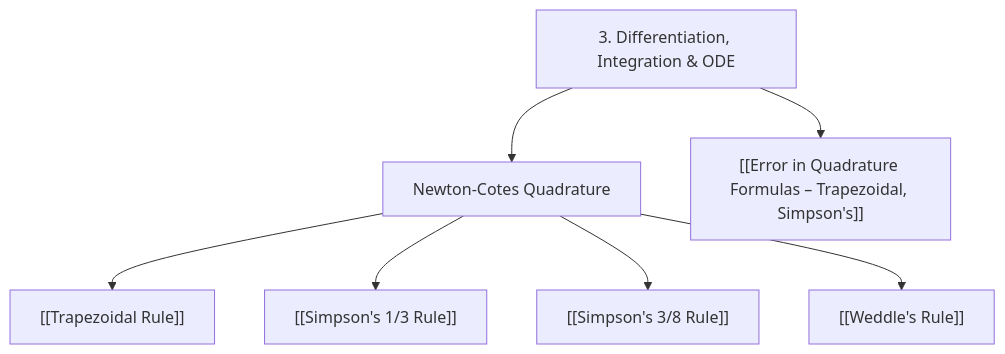
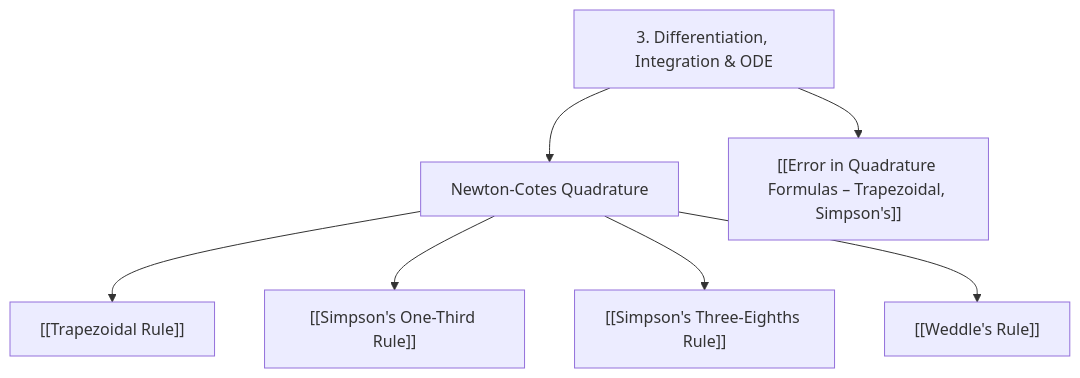
One commit to unknown-xenon-star/notes changed the diagram in mid-term/ANM/Concepts/03 - Numerical Differentiation, Integration and ODE/03 - Numerical Differentiation, Integration and ODE.md. Above: the diagram before and after it, drawn with Mermaid. The commit also changed other lines of this file and 14 other files, not shown here.

````diff
--- a/mid-term/ANM/Concepts/03 - Numerical Differentiation, Integration and ODE/03 - Numerical Differentiation, Integration and ODE.md
+++ b/mid-term/ANM/Concepts/03 - Numerical Differentiation, Integration and ODE/03 - Numerical Differentiation, Integration and ODE.md
@@ -22,10 +22,10 @@
 ```mermaid
 flowchart TD
     M3["3. Differentiation, Integration & ODE"]
     M3 --> QUAD["Newton-Cotes Quadrature"]
     M3 --> QERR["[[Error in Quadrature Formulas – Trapezoidal, Simpson's]]"]
     QUAD --> TRP["[[Trapezoidal Rule]]"]
-    QUAD --> S13["[[Simpson's 1/3 Rule]]"]
-    QUAD --> S38["[[Simpson's 3/8 Rule]]"]
+    QUAD --> S13["[[Simpson's One-Third Rule]]"]
+    QUAD --> S38["[[Simpson's Three-Eighths Rule]]"]
     QUAD --> WDL["[[Weddle's Rule]]"]
 ```
````
